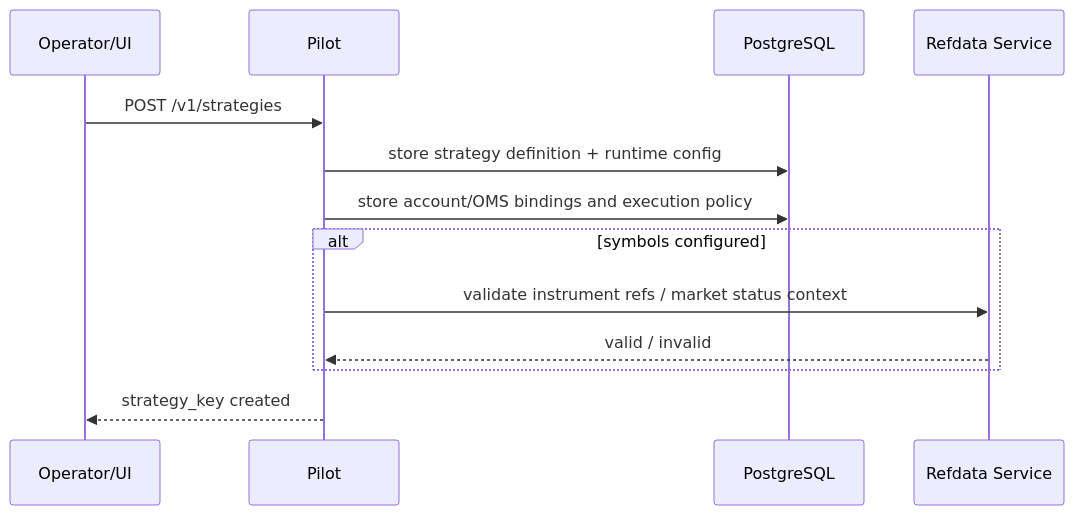
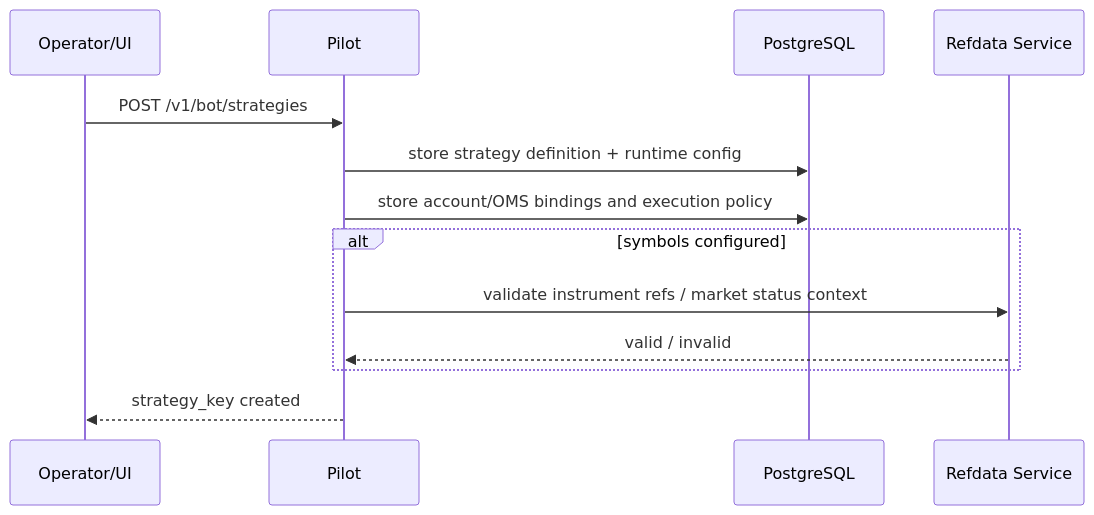
The fourth of 6 diagrams in docs/system-arch/services/pilot_service.md (soyvv/zkbot), drawn with Mermaid before and after one commit. The commit also changed other lines of this file and 10 other files, not shown here.

````diff
--- a/docs/system-arch/services/pilot_service.md
+++ b/docs/system-arch/services/pilot_service.md
@@ -577,16 +1273,16 @@
 ```mermaid
 sequenceDiagram
     participant U as Operator/UI
     participant P as Pilot
     participant DB as PostgreSQL
     participant Ref as Refdata Service
 
-    U->>P: POST /v1/strategies
+    U->>P: POST /v1/bot/strategies
     P->>DB: store strategy definition + runtime config
     P->>DB: store account/OMS bindings and execution policy
     alt symbols configured
         P->>Ref: validate instrument refs / market status context
         Ref-->>P: valid / invalid
     end
     P-->>U: strategy_key created
 ```
````
